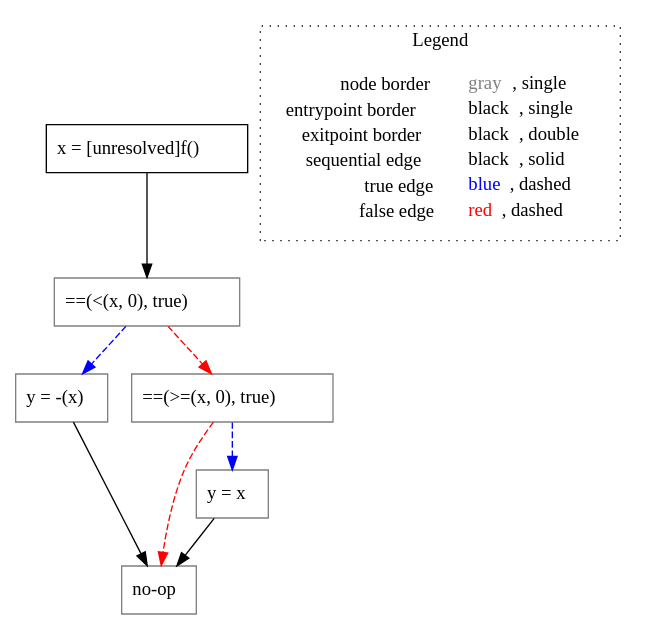
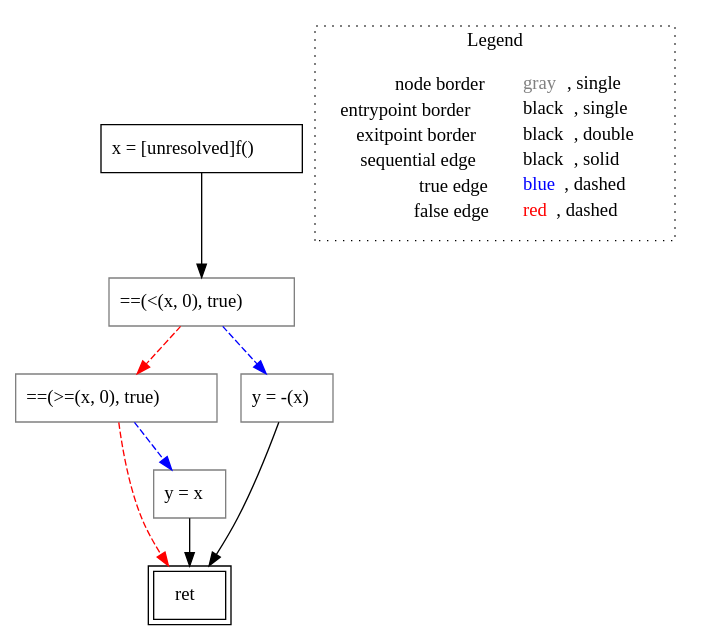
The diagram in go-lisa/test-outputs/cfg/switch/untyped_~LiSAProgram.noGuardWithAsg().dot (lisa-analyzer/go-lisa), drawn with Graphviz before and after one commit. The commit also changed 27 other files, not shown here.

```diff
--- a/go-lisa/test-outputs/cfg/switch/untyped_~LiSAProgram.noGuardWithAsg().dot
+++ b/go-lisa/test-outputs/cfg/switch/untyped_~LiSAProgram.noGuardWithAsg().dot
@@ -1,22 +1,22 @@
 digraph {
 	"node0" [shape="rect",color="black",label=<x = [unresolved]f()>];
-	"node1" [shape="rect",color="gray",label=<==(&lt;(x, 0), true)>];
-	"node2" [shape="rect",color="gray",label=<no-op>];
-	"node3" [shape="rect",color="gray",label=<y = -(x)>];
-	"node4" [shape="rect",color="gray",label=<==(&gt;=(x, 0), true)>];
-	"node5" [shape="rect",color="gray",label=<y = x>];
-	"node1" -> "node3" [color="blue",style="dashed"];
-	"node1" -> "node4" [color="red",style="dashed"];
-	"node0" -> "node1" [color="black"];
-	"node3" -> "node2" [color="black"];
-	"node4" -> "node2" [color="red",style="dashed"];
-	"node4" -> "node5" [color="blue",style="dashed"];
+	"node1" [shape="rect",color="gray",label=<==(&gt;=(x, 0), true)>];
+	"node2" [shape="rect",color="black",peripheries="2",label=<ret>];
+	"node3" [shape="rect",color="gray",label=<==(&lt;(x, 0), true)>];
+	"node4" [shape="rect",color="gray",label=<y = x>];
+	"node5" [shape="rect",color="gray",label=<y = -(x)>];
+	"node1" -> "node2" [color="red",style="dashed"];
+	"node1" -> "node4" [color="blue",style="dashed"];
+	"node3" -> "node1" [color="red",style="dashed"];
+	"node3" -> "node5" [color="blue",style="dashed"];
+	"node4" -> "node2" [color="black"];
 	"node5" -> "node2" [color="black"];
+	"node0" -> "node3" [color="black"];
 subgraph cluster_legend {
 	label="Legend";
 	style=dotted;
 	node [shape=plaintext];
 	"legend" [label=<<table border="0" cellpadding="2" cellspacing="0" cellborder="0"><tr><td align="right">node border&nbsp;</td><td align="left"><font color="gray">gray</font>, single</td></tr><tr><td align="right">entrypoint border&nbsp;</td><td align="left"><font color="black">black</font>, single</td></tr><tr><td align="right">exitpoint border&nbsp;</td><td align="left"><font color="black">black</font>, double</td></tr><tr><td align="right">sequential edge&nbsp;</td><td align="left"><font color="black">black</font>, solid</td></tr><tr><td align="right">true edge&nbsp;</td><td align="left"><font color="blue">blue</font>, dashed</td></tr><tr><td align="right">false edge&nbsp;</td><td align="left"><font color="red">red</font>, dashed</td></tr></table>>];
 }
 
 }
```
